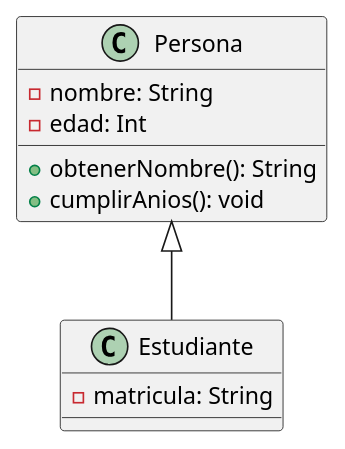
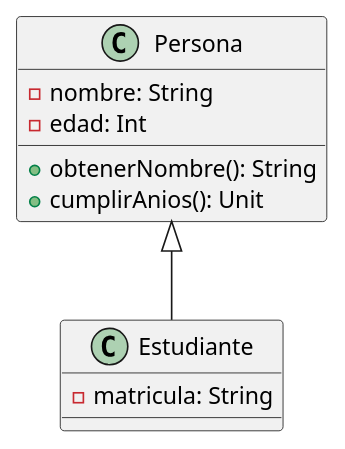
Diagram 11 of 11 in slides/section3-ed/ED-U3.2.-DiagramaClases.md (revilofe/revilofe.github.io), drawn with PlantUML before and after one commit. The commit also changed other lines of this file, not shown here.

Commit message:
EDES ED-U3.2.-DiagramaClases.md cmabio de slides

````diff
--- a/slides/section3-ed/ED-U3.2.-DiagramaClases.md
+++ b/slides/section3-ed/ED-U3.2.-DiagramaClases.md
@@ -667,16 +899,16 @@
 ```plantuml
 @startuml
 class Persona {
     - nombre: String
     - edad: Int
     + obtenerNombre(): String
-    + cumplirAnios(): void
+    + cumplirAnios(): Unit
 }
 
 class Estudiante {
     - matricula: String
 }
 
 Persona <|-- Estudiante
 @enduml
 ```
````
